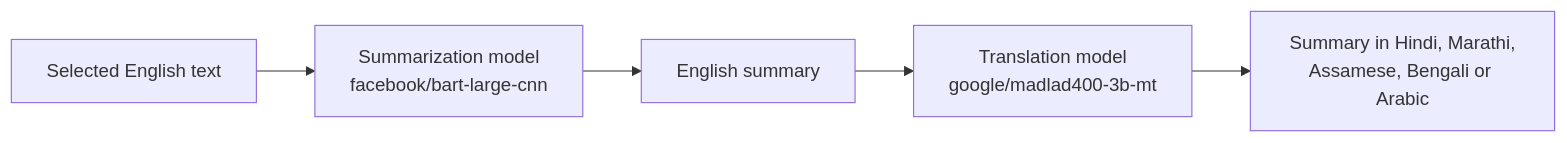
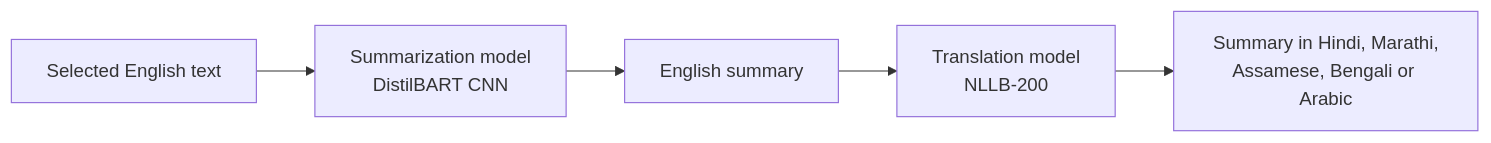
The first of 2 diagrams in README.md (mishbahul-hub/minimal-pdf), drawn with Mermaid before and after one commit. The commit also changed other lines of this file and 10 other files, not shown here.

````diff
--- a/README.md
+++ b/README.md
@@ -120,7 +120,7 @@
 ```mermaid
 flowchart LR
-    S["Selected English text"] --> B["Summarization model<br/>facebook/bart-large-cnn"]
+    S["Selected English text"] --> B["Summarization model<br/>DistilBART CNN"]
     B --> E["English summary"]
-    E --> T["Translation model<br/>google/madlad400-3b-mt"]
+    E --> T["Translation model<br/>NLLB-200"]
     T --> O["Summary in Hindi, Marathi,<br/>Assamese, Bengali or Arabic"]
 ```
````
